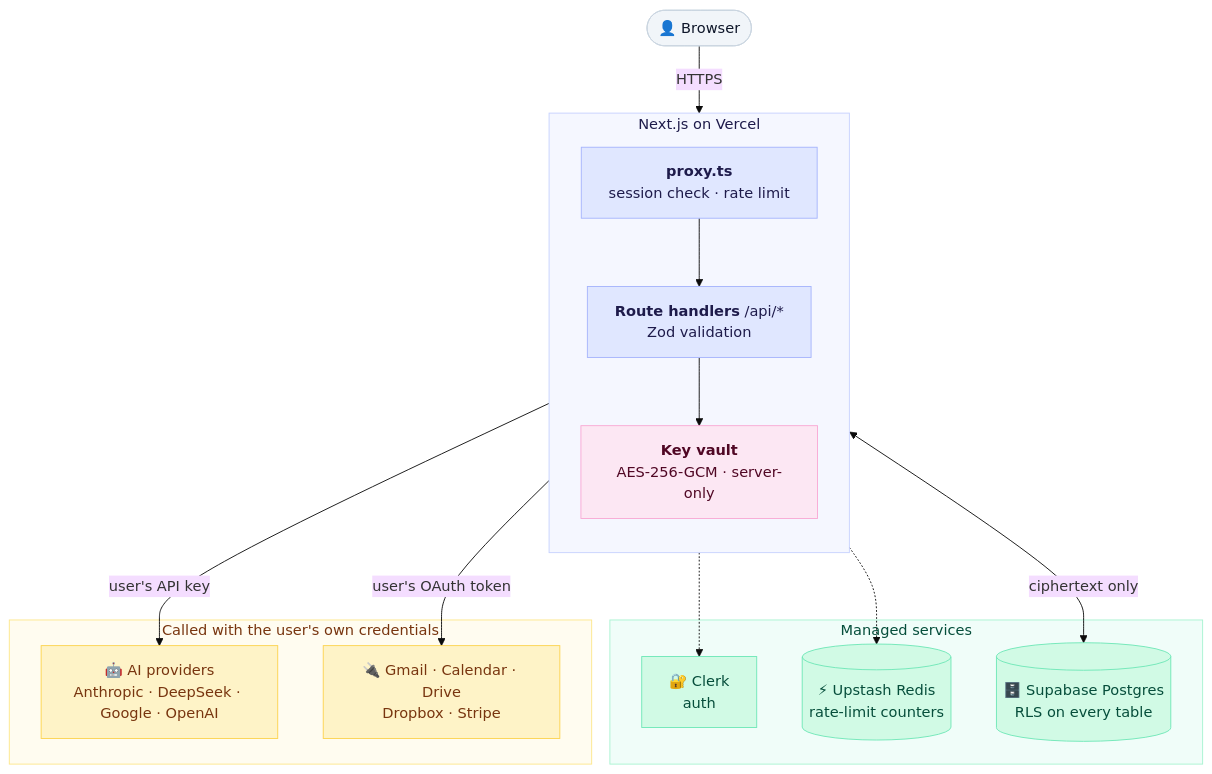
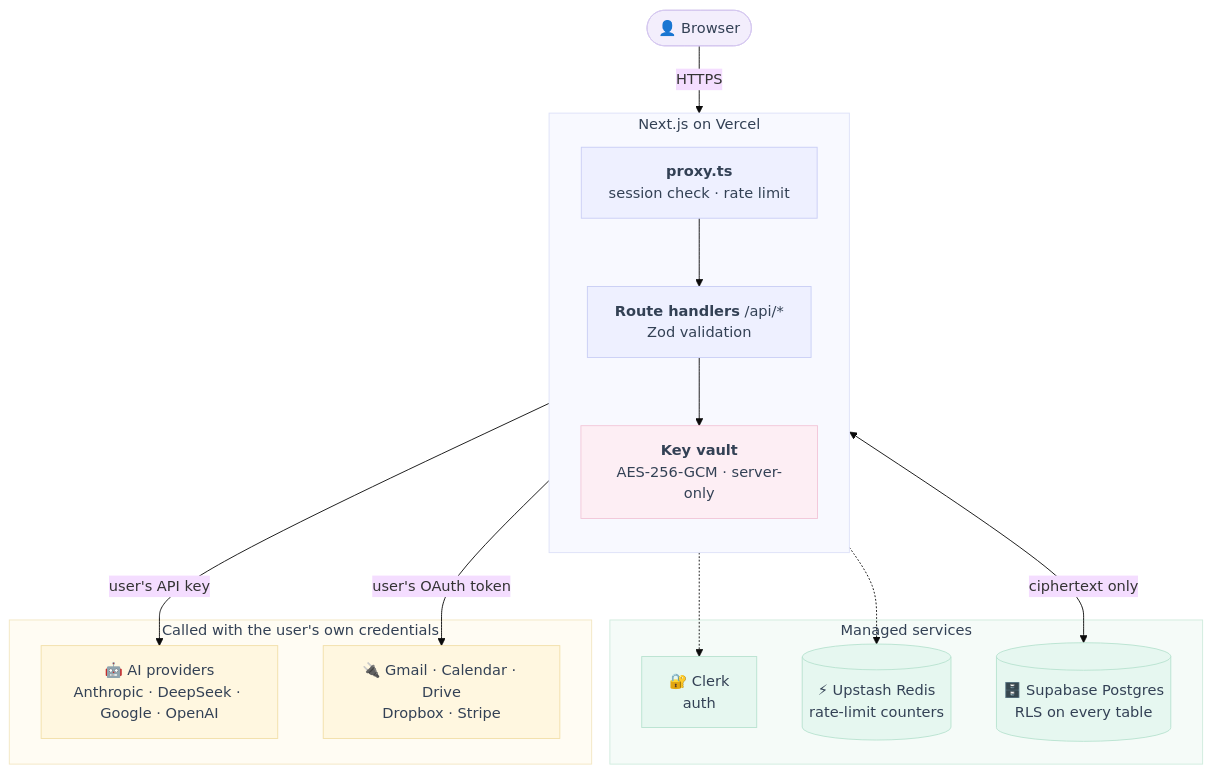
The third of 5 diagrams in README.md (sowaxer/quivo-app), drawn with Mermaid (base theme) before and after one commit. The commit also changed other lines of this file, not shown here.

First line of the commit message:
README: uniform light pastel palette for all diagrams

````diff
--- a/README.md
+++ b/README.md
@@ -124,44 +124,44 @@
 ```mermaid
 flowchart TB
     User(["👤 Browser"])
 
     subgraph Edge["Next.js on Vercel"]
         direction TB
         Proxy["<b>proxy.ts</b><br/>session check · rate limit"]
         API["<b>Route handlers</b> /api/*<br/>Zod validation"]
         Vault["<b>Key vault</b><br/>AES-256-GCM · server-only"]
         Proxy --> API --> Vault
     end
 
     subgraph Services["Managed services"]
         Clerk["🔐 Clerk<br/>auth"]
         Redis[("⚡ Upstash Redis<br/>rate-limit counters")]
         DB[("🗄️ Supabase Postgres<br/>RLS on every table")]
     end
 
     subgraph External["Called with the user's own credentials"]
         AI["🤖 AI providers<br/>Anthropic · DeepSeek · Google · OpenAI"]
         Apps["🔌 Gmail · Calendar · Drive<br/>Dropbox · Stripe"]
     end
 
     User -->|HTTPS| Proxy
     Proxy -.-> Clerk
     Proxy -.-> Redis
     Vault <-->|ciphertext only| DB
     API -->|user's API key| AI
     API -->|user's OAuth token| Apps
 
-    classDef p1 fill:#E0E7FF,stroke:#A5B4FC,color:#1E1B4B
-    classDef p2 fill:#FCE7F3,stroke:#F9A8D4,color:#500724
-    classDef p3 fill:#D1FAE5,stroke:#6EE7B7,color:#064E3B
-    classDef p4 fill:#FEF3C7,stroke:#FCD34D,color:#78350F
-    classDef p5 fill:#F1F5F9,stroke:#CBD5E1,color:#0F172A
+    classDef p1 fill:#EEF0FF,stroke:#C9CEF5,color:#334155
+    classDef p2 fill:#FDEEF4,stroke:#F2C6D8,color:#334155
+    classDef p3 fill:#E6F7F0,stroke:#B8E3D0,color:#334155
+    classDef p4 fill:#FFF7E0,stroke:#F2DFA8,color:#334155
+    classDef p5 fill:#F3EEFC,stroke:#D5C8F0,color:#334155
     class User p5
     class Proxy,API p1
     class Vault p2
     class Clerk,Redis,DB p3
     class AI,Apps p4
-    style Edge fill:#F5F7FF,stroke:#C7D2FE,color:#1E1B4B
-    style Services fill:#F0FDF9,stroke:#A7F3D0,color:#064E3B
-    style External fill:#FFFCF0,stroke:#FDE68A,color:#78350F
+    style Edge fill:#F8F9FF,stroke:#DDE1F8,color:#334155
+    style Services fill:#F5FBF8,stroke:#CFEBDD,color:#334155
+    style External fill:#FFFCF3,stroke:#F2E6C2,color:#334155
 ```
````
